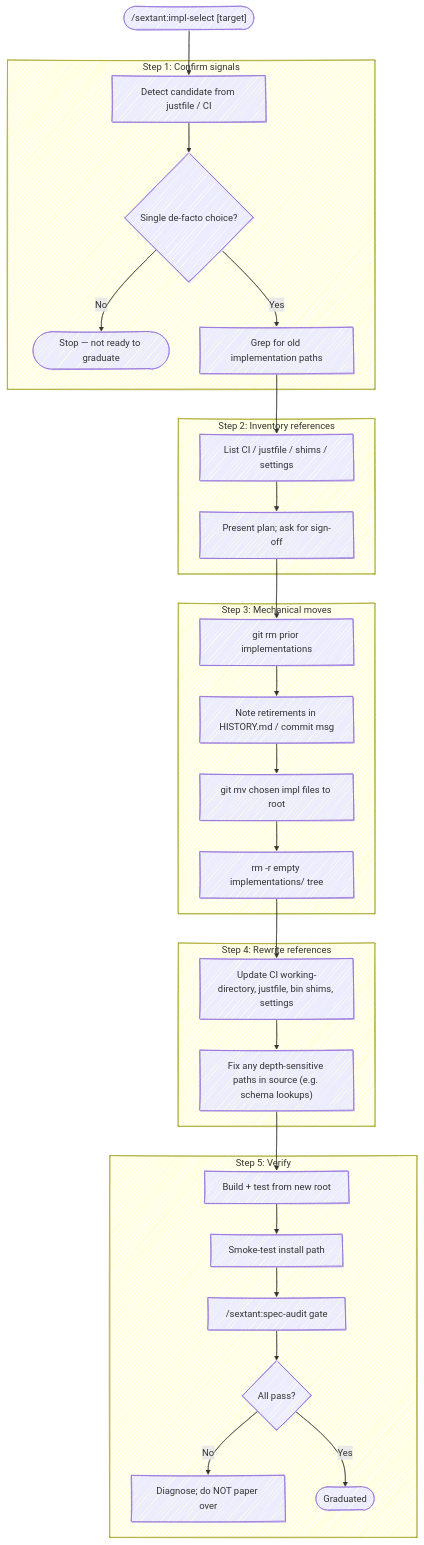
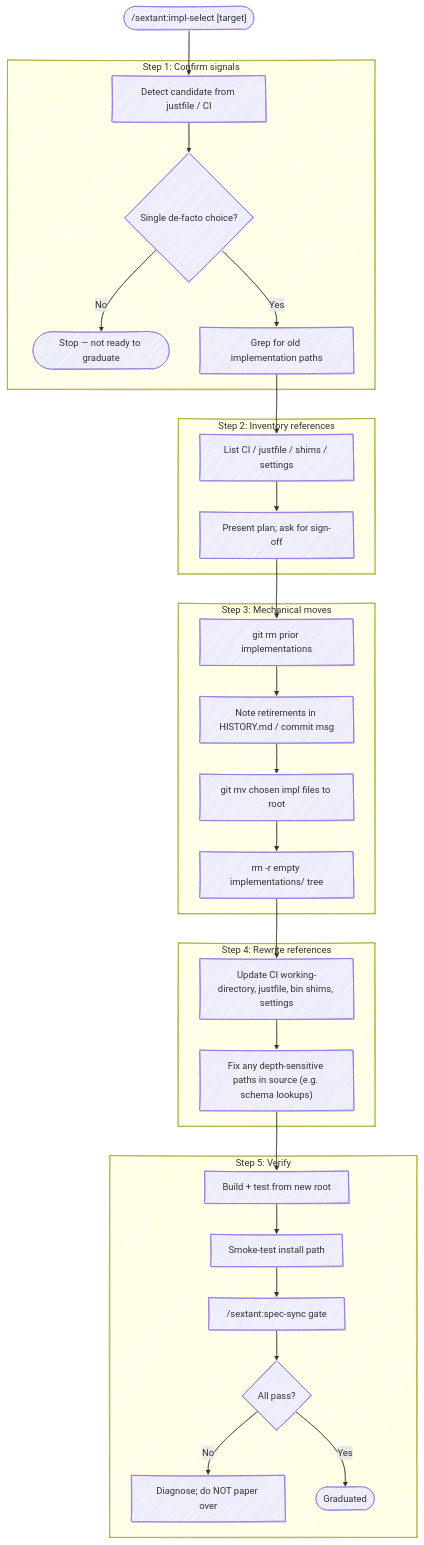
One commit to chris-peterson/sextant changed the diagram in skills/impl-select/SKILL.md. Above: the diagram before and after it, drawn with Mermaid. The commit also changed other lines of this file and 11 other files, not shown here.

First line of the commit message:
Add spec-status and spec-sync skills; retire spec-audit

````diff
--- a/skills/impl-select/SKILL.md
+++ b/skills/impl-select/SKILL.md
@@ -10,37 +10,37 @@
 ```mermaid
 %%{ init: { 'look': 'handDrawn' } }%%
 flowchart TD
     Start(["/sextant:impl-select [target]"]) --> Confirm
 
     subgraph "Step 1: Confirm signals"
         Confirm["Detect candidate from justfile / CI"] --> Verify{"Single de-facto choice?"}
         Verify -->|No| Stop(["Stop — not ready to graduate"])
         Verify -->|Yes| Inventory
     end
 
     subgraph "Step 2: Inventory references"
         Inventory["Grep for old implementation paths"] --> ListRefs["List CI / justfile / shims / settings"]
         ListRefs --> ShowPlan["Present plan; ask for sign-off"]
     end
 
     subgraph "Step 3: Mechanical moves"
         ShowPlan --> Retire["git rm prior implementations"]
         Retire --> Note["Note retirements in HISTORY.md / commit msg"]
         Note --> Move["git mv chosen impl files to root"]
         Move --> Cleanup["rm -r empty implementations/ tree"]
     end
 
     subgraph "Step 4: Rewrite references"
         Cleanup --> Rewrite["Update CI working-directory, justfile, bin shims, settings"]
         Rewrite --> FixPaths["Fix any depth-sensitive paths in source (e.g. schema lookups)"]
     end
 
     subgraph "Step 5: Verify"
         FixPaths --> Build["Build + test from new root"]
         Build --> Install["Smoke-test install path"]
-        Install --> Audit["/sextant:spec-audit gate"]
+        Install --> Audit["/sextant:spec-sync gate"]
         Audit --> Pass{"All pass?"}
         Pass -->|No| Diagnose["Diagnose; do NOT paper over"]
         Pass -->|Yes| Done(["Graduated"])
     end
 ```
````
